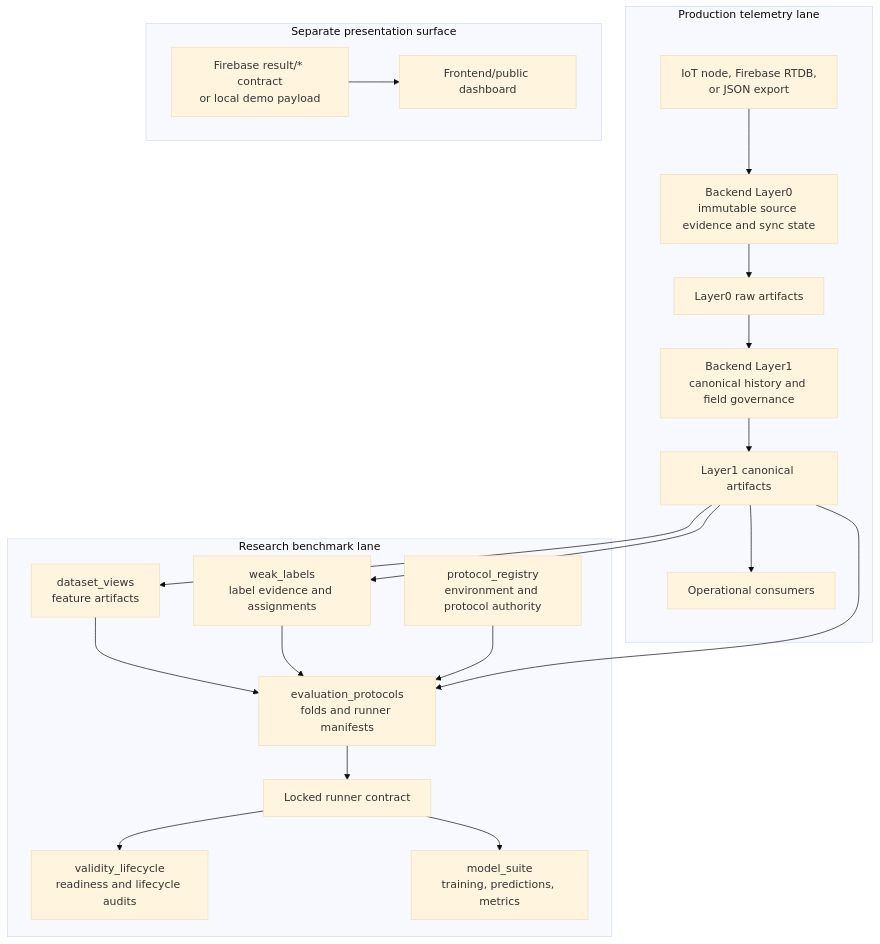
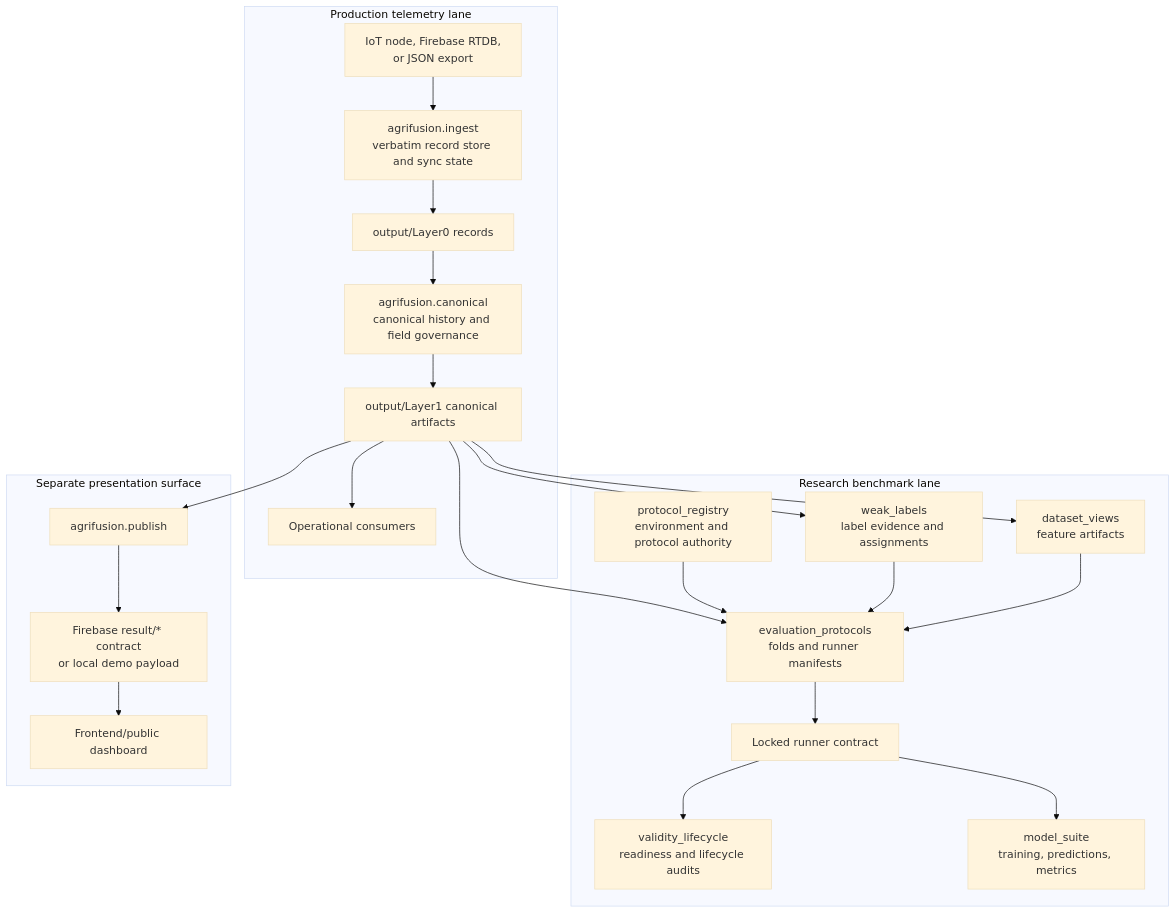
The diagram in public-docs/architecture.md (lawnguyenit/AgriFusion-IoT), drawn with Mermaid (base theme) before and after one commit. The commit also changed other lines of this file and 11 other files, not shown here.

First line of the commit message:
Fix publisher schema lookup under AGRIFUSION_HOME; update docs to real layout and publisher status

````diff
--- a/public-docs/architecture.md
+++ b/public-docs/architecture.md
@@ -7,38 +7,41 @@
 ```mermaid
 flowchart TB
     subgraph production[Production telemetry lane]
         source[IoT node, Firebase RTDB,<br/>or JSON export]
-        layer0[Backend Layer0<br/>immutable source evidence and sync state]
-        raw[Layer0 raw artifacts]
-        layer1[Backend Layer1<br/>canonical history and field governance]
-        canonical[Layer1 canonical artifacts]
+        layer0[agrifusion.ingest<br/>verbatim record store and sync state]
+        raw[output/Layer0 records]
+        layer1[agrifusion.canonical<br/>canonical history and field governance]
+        canonical[output/Layer1 canonical artifacts]
         ops[Operational consumers]
         source --> layer0 --> raw --> layer1 --> canonical --> ops
     end
 
     subgraph research[Research benchmark lane]
         views[dataset_views<br/>feature artifacts]
         labels[weak_labels<br/>label evidence and assignments]
         registry[protocol_registry<br/>environment and protocol authority]
         evaluation[evaluation_protocols<br/>folds and runner manifests]
         contract[Locked runner contract]
         lifecycle[validity_lifecycle<br/>readiness and lifecycle audits]
         models[model_suite<br/>training, predictions, metrics]
         views --> evaluation
         labels --> evaluation
         registry --> evaluation
         evaluation --> contract
         contract --> lifecycle
         contract --> models
     end
 
     canonical --> views
     canonical --> labels
     canonical --> evaluation
 
     subgraph frontend[Separate presentation surface]
+        publish[agrifusion.publish]
         result[Firebase result/* contract<br/>or local demo payload]
         dashboard[Frontend/public dashboard]
-        result --> dashboard
+        publish --> result --> dashboard
     end
+
+    canonical --> publish
 ```
````
